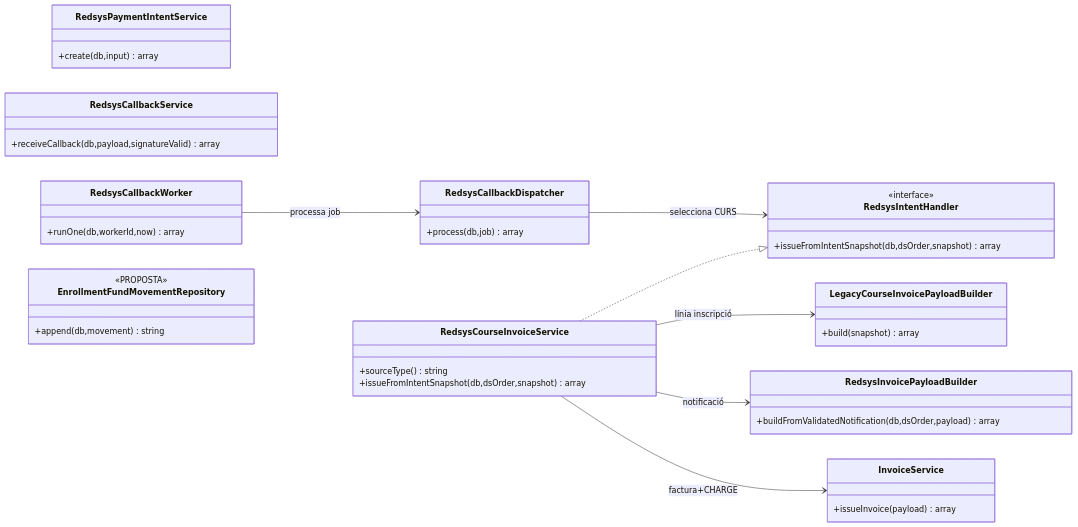
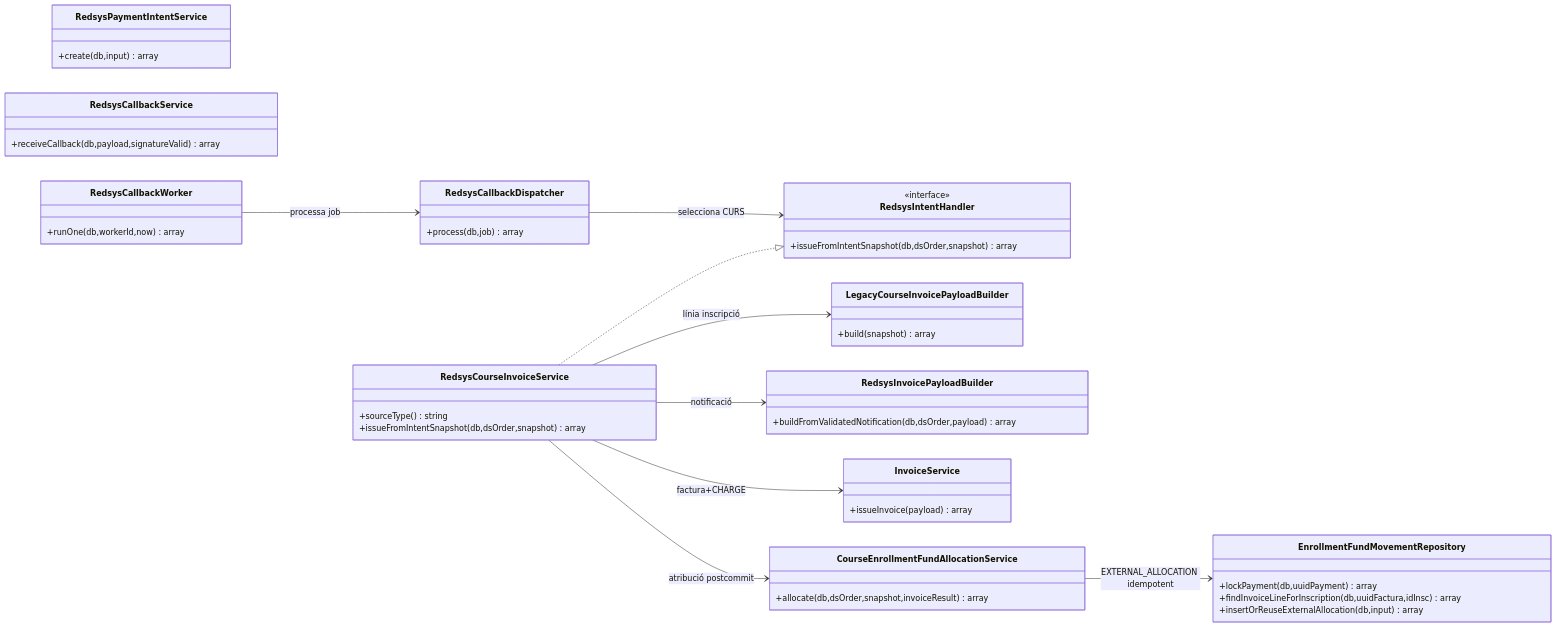
Before and after one commit to orgmeriemprismacat-del/verifactu: the third of 4 diagrams in documentacio/07-uml-integrat/uc-014-comprar-curs-redsys.md, drawn with Mermaid. The commit also changed other lines of this file, not shown here.

Commit message:
docs(UC-014): converteix fund allocation de disseny a implementació real

````diff
--- a/documentacio/07-uml-integrat/uc-014-comprar-curs-redsys.md
+++ b/documentacio/07-uml-integrat/uc-014-comprar-curs-redsys.md
@@ -90,43 +90,49 @@
 ```mermaid
 classDiagram
 direction LR
 class RedsysPaymentIntentService {
  +create(db,input) array
 }
 class RedsysCallbackService {
  +receiveCallback(db,payload,signatureValid) array
 }
 class RedsysCallbackWorker {
  +runOne(db,workerId,now) array
 }
 class RedsysCallbackDispatcher {
  +process(db,job) array
 }
 class RedsysIntentHandler {
  <<interface>>
  +issueFromIntentSnapshot(db,dsOrder,snapshot) array
 }
 class RedsysCourseInvoiceService {
  +sourceType() string
  +issueFromIntentSnapshot(db,dsOrder,snapshot) array
 }
 class LegacyCourseInvoicePayloadBuilder {
  +build(snapshot) array
 }
 class RedsysInvoicePayloadBuilder {
  +buildFromValidatedNotification(db,dsOrder,payload) array
 }
 class InvoiceService {
  +issueInvoice(payload) array
 }
+class CourseEnrollmentFundAllocationService {
+ +allocate(db,dsOrder,snapshot,invoiceResult) array
+}
 class EnrollmentFundMovementRepository {
- <<PROPOSTA>>
- +append(db,movement) string
+ +lockPayment(db,uuidPayment) array
+ +findInvoiceLineForInscription(db,uuidFactura,idInsc) array
+ +insertOrReuseExternalAllocation(db,input) array
 }
 RedsysCallbackWorker --> RedsysCallbackDispatcher : processa job
 RedsysCallbackDispatcher --> RedsysIntentHandler : selecciona CURS
 RedsysCourseInvoiceService ..|> RedsysIntentHandler
 RedsysCourseInvoiceService --> LegacyCourseInvoicePayloadBuilder : línia inscripció
 RedsysCourseInvoiceService --> RedsysInvoicePayloadBuilder : notificació
 RedsysCourseInvoiceService --> InvoiceService : factura+CHARGE
+RedsysCourseInvoiceService --> CourseEnrollmentFundAllocationService : atribució postcommit
+CourseEnrollmentFundAllocationService --> EnrollmentFundMovementRepository : EXTERNAL_ALLOCATION idempotent
 ```
````
